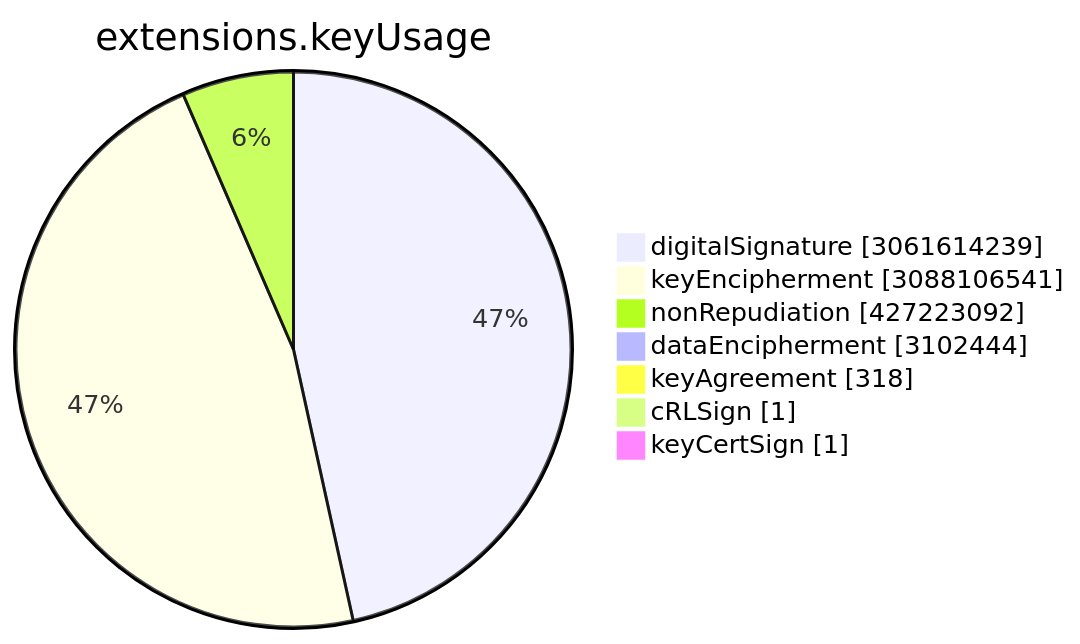
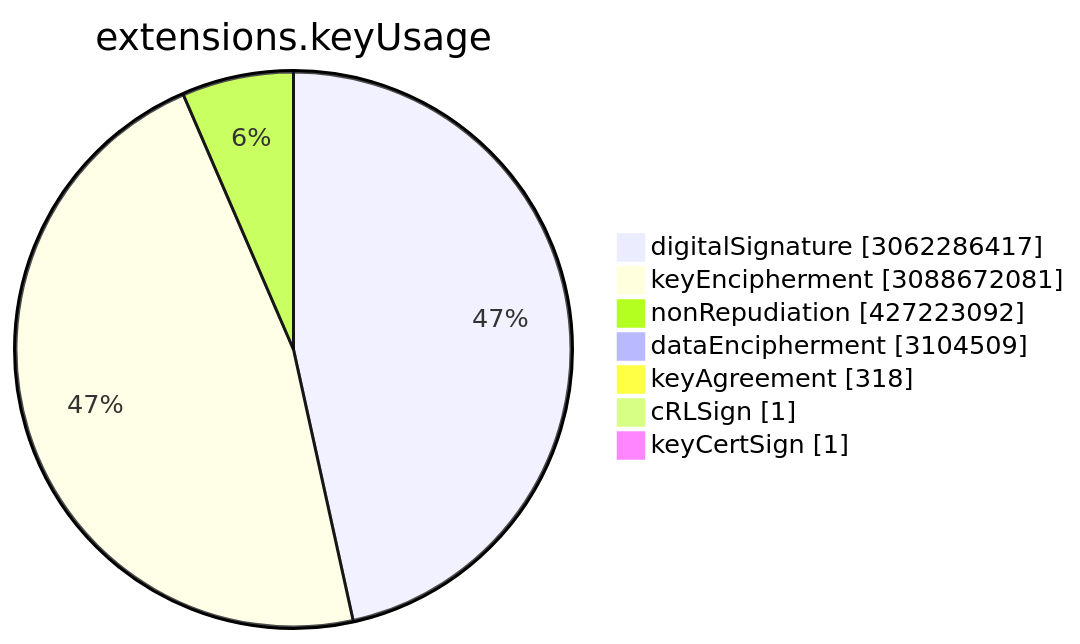
Before and after one commit to christiankrug/ctmonitor_visualization: the sixth of 15 diagrams in TOTAL/README.md, drawn with Mermaid. The commit also changed other lines of this file, not shown here.

````diff
--- a/TOTAL/README.md
+++ b/TOTAL/README.md
@@ -3075,11 +3075,11 @@
 ```mermaid
 pie showData
 title extensions.keyUsage
-"digitalSignature" :3061614239
-"keyEncipherment" :3088106541
+"digitalSignature" :3062286417
+"keyEncipherment" :3088672081
 "nonRepudiation" :427223092
-"dataEncipherment" :3102444
+"dataEncipherment" :3104509
 "keyAgreement" :318
 "cRLSign" :1
 "keyCertSign" :1
 ```
````
